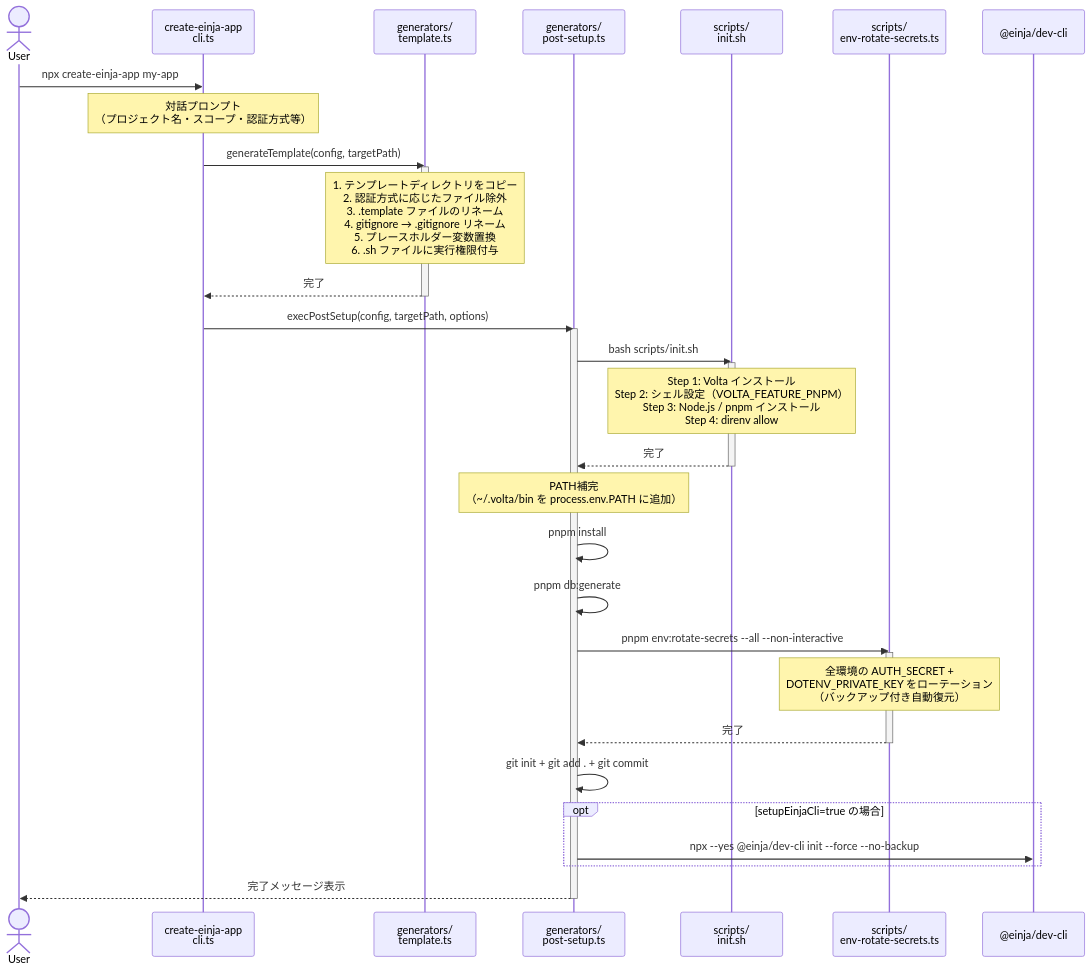
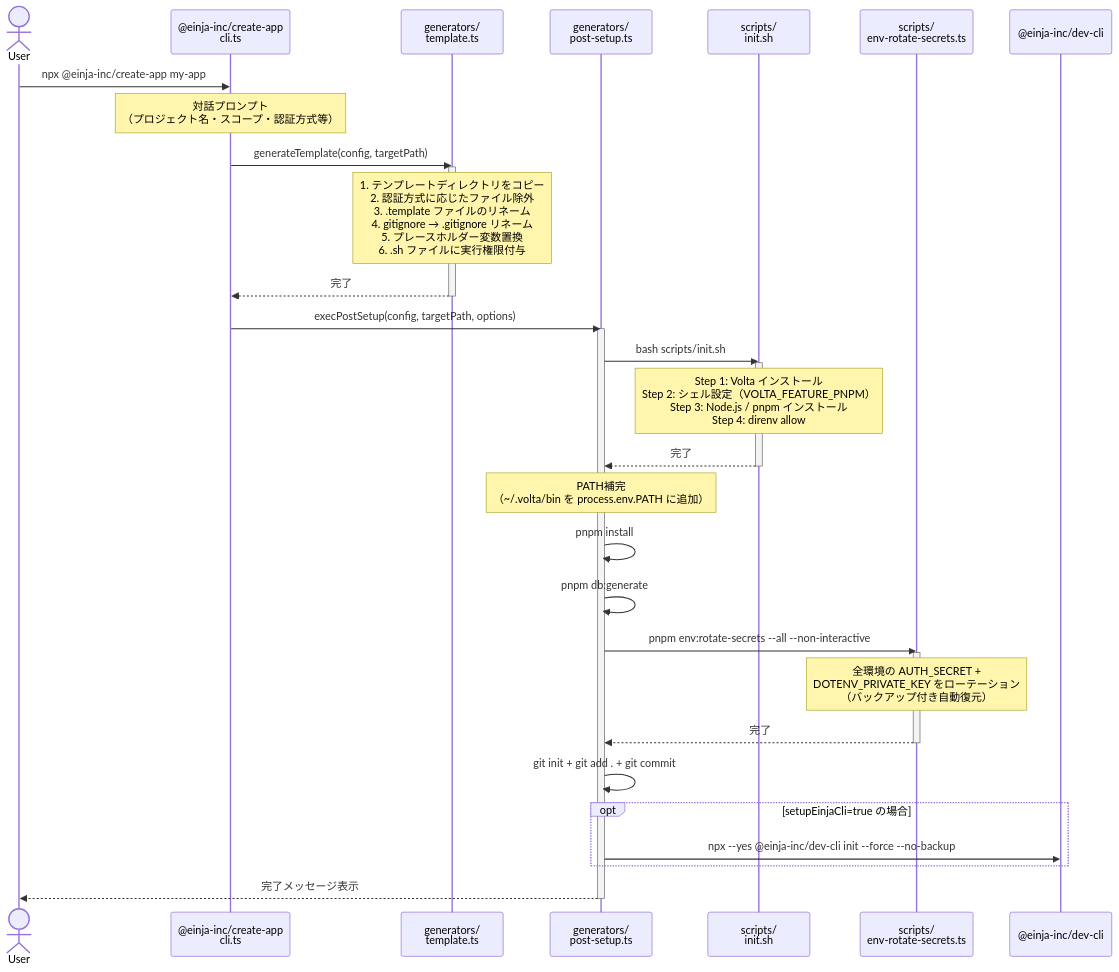
One commit to einja-inc/einja-management-template changed the first of 3 diagrams in docs/einja/instructions/setup-flow.md. Above: the diagram before and after it, drawn with Mermaid. The commit also changed other lines of this file and 163 other files, not shown here.

First line of the commit message:
feat: create-einja-app→create-app リネーム・Skill体系再構築

````diff
--- a/docs/einja/instructions/setup-flow.md
+++ b/docs/einja/instructions/setup-flow.md
@@ -21,48 +21,48 @@
 ```mermaid
 sequenceDiagram
     actor User
-    participant CLI as create-einja-app<br/>cli.ts
+    participant CLI as @einja-inc/create-app<br/>cli.ts
     participant Tmpl as generators/<br/>template.ts
     participant Post as generators/<br/>post-setup.ts
     participant Init as scripts/<br/>init.sh
     participant Rotate as scripts/<br/>env-rotate-secrets.ts
-    participant DevCLI as @einja/dev-cli
+    participant DevCLI as @einja-inc/dev-cli
 
-    User->>CLI: npx create-einja-app my-app
+    User->>CLI: npx @einja-inc/create-app my-app
     Note over CLI: 対話プロンプト<br/>（プロジェクト名・スコープ・認証方式等）
 
     CLI->>Tmpl: generateTemplate(config, targetPath)
     activate Tmpl
     Note over Tmpl: 1. テンプレートディレクトリをコピー<br/>2. 認証方式に応じたファイル除外<br/>3. .template ファイルのリネーム<br/>4. gitignore → .gitignore リネーム<br/>5. プレースホルダー変数置換<br/>6. .sh ファイルに実行権限付与
     Tmpl-->>CLI: 完了
     deactivate Tmpl
 
     CLI->>Post: execPostSetup(config, targetPath, options)
     activate Post
 
     Post->>Init: bash scripts/init.sh
     activate Init
     Note over Init: Step 1: Volta インストール<br/>Step 2: シェル設定（VOLTA_FEATURE_PNPM）<br/>Step 3: Node.js / pnpm インストール<br/>Step 4: direnv allow
     Init-->>Post: 完了
     deactivate Init
 
     Note over Post: PATH補完<br/>（~/.volta/bin を process.env.PATH に追加）
 
     Post->>Post: pnpm install
     Post->>Post: pnpm db:generate
 
     Post->>Rotate: pnpm env:rotate-secrets --all --non-interactive
     activate Rotate
     Note over Rotate: 全環境の AUTH_SECRET +<br/>DOTENV_PRIVATE_KEY をローテーション<br/>（バックアップ付き自動復元）
     Rotate-->>Post: 完了
     deactivate Rotate
 
     Post->>Post: git init + git add . + git commit
 
     opt setupEinjaCli=true の場合
-        Post->>DevCLI: npx --yes @einja/dev-cli init --force --no-backup
+        Post->>DevCLI: npx --yes @einja-inc/dev-cli init --force --no-backup
     end
 
     Post-->>User: 完了メッセージ表示
     deactivate Post
 ```
````
